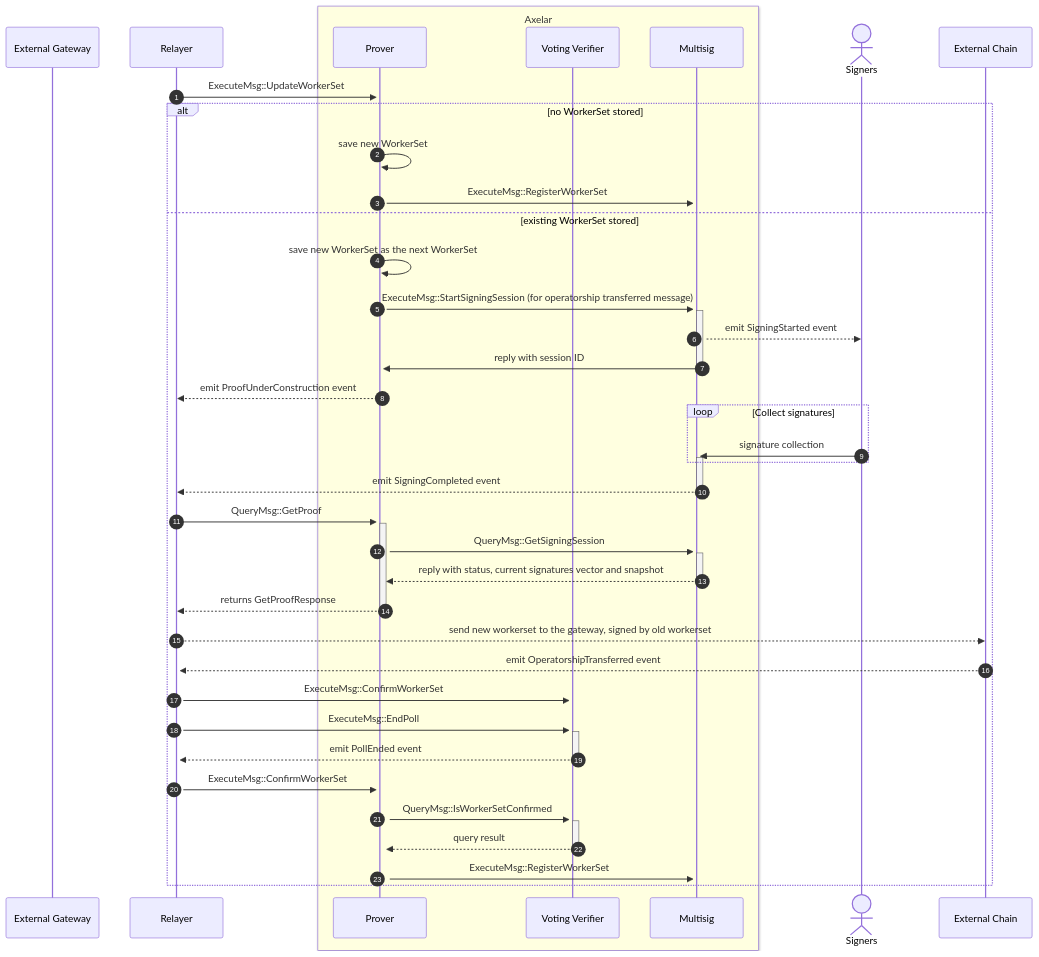
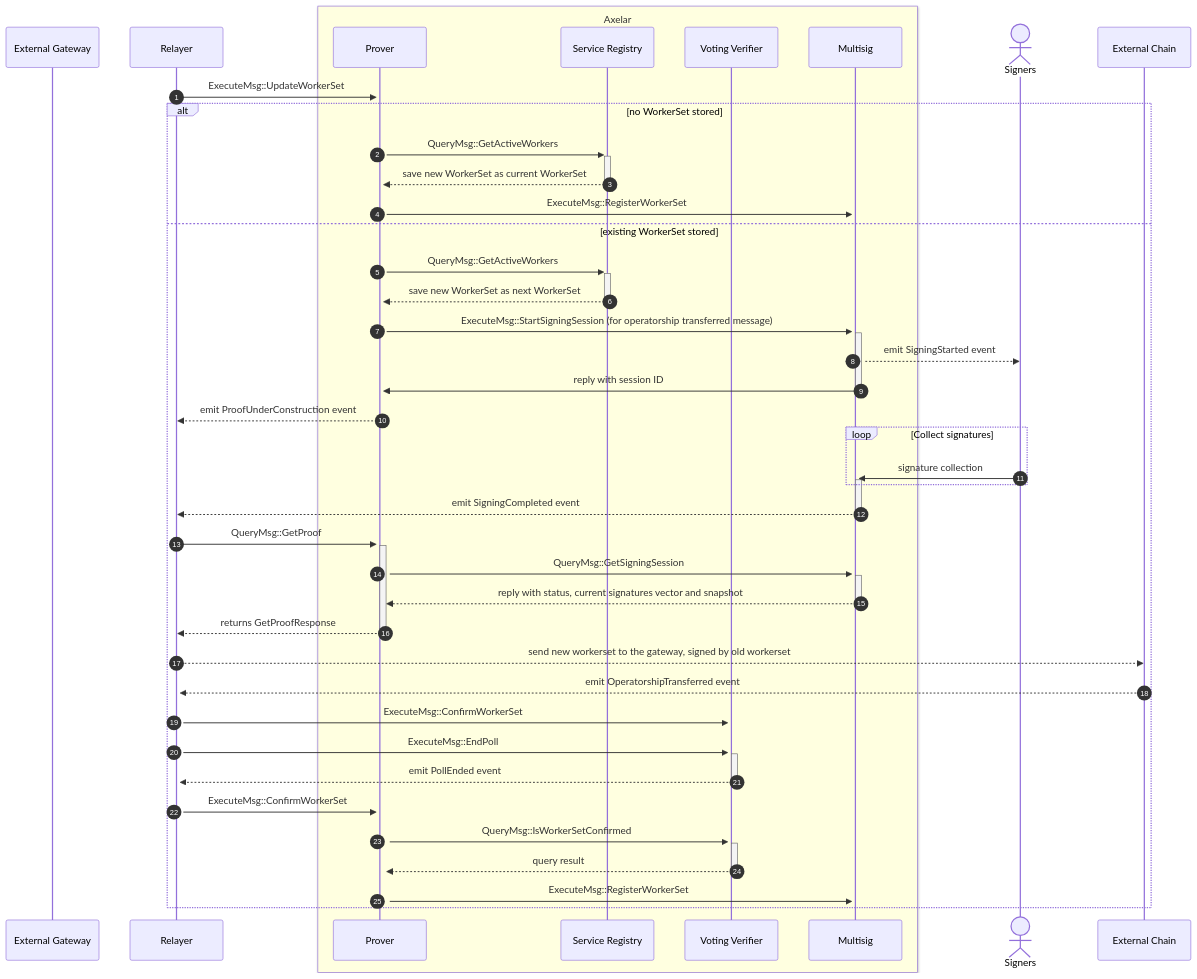
Before and after one commit to axelarnetwork/axelar-amplifier: the fourth of 4 diagrams in doc/src/contracts/multisig_prover.md, drawn with Mermaid. The commit also changed other lines of this file, not shown here.

Commit message:
Add Service Registry to Multisig Prover docs

````diff
--- a/doc/src/contracts/multisig_prover.md
+++ b/doc/src/contracts/multisig_prover.md
@@ -150,40 +152,43 @@
 ```mermaid
 sequenceDiagram
 autonumber
 participant External Gateway
 participant Relayer
 box LightYellow Axelar
 participant Prover
+participant Service Registry
 participant Voting Verifier
 participant Multisig
 end
 actor Signers
 Relayer->>+Prover: ExecuteMsg::UpdateWorkerSet
 alt no WorkerSet stored
-  Prover->>Prover: save new WorkerSet
+  Prover->>+Service Registry: QueryMsg::GetActiveWorkers
+  Service Registry-->>-Prover: save new WorkerSet as current WorkerSet
   Prover->>+Multisig: ExecuteMsg::RegisterWorkerSet
 else existing WorkerSet stored
-  Prover->>Prover: save new WorkerSet as the next WorkerSet
+  Prover->>+Service Registry: QueryMsg::GetActiveWorkers
+  Service Registry-->>-Prover: save new WorkerSet as next WorkerSet
   Prover->>+Multisig: ExecuteMsg::StartSigningSession (for operatorship transferred message)
   Multisig-->>Signers: emit SigningStarted event
   Multisig->>-Prover: reply with session ID
   Prover-->>Relayer: emit ProofUnderConstruction event
   loop Collect signatures
 	  Signers->>+Multisig: signature collection
   end
   Multisig-->>-Relayer: emit SigningCompleted event
   Relayer->>+Prover: QueryMsg::GetProof
   Prover->>+Multisig: QueryMsg::GetSigningSession
   Multisig-->>-Prover: reply with status, current signatures vector and snapshot
   Prover-->>-Relayer: returns GetProofResponse
   Relayer-->>External Chain: send new workerset to the gateway, signed by old workerset
   External Chain-->>+Relayer: emit OperatorshipTransferred event
   Relayer->>+Voting Verifier: ExecuteMsg::ConfirmWorkerSet
   Relayer->>+Voting Verifier: ExecuteMsg::EndPoll
   Voting Verifier-->>-Relayer: emit PollEnded event
   Relayer->>+Prover: ExecuteMsg::ConfirmWorkerSet
   Prover->>+Voting Verifier: QueryMsg::IsWorkerSetConfirmed
   Voting Verifier-->>-Prover: query result
   Prover->>+Multisig: ExecuteMsg::RegisterWorkerSet
 end
 ```
````
